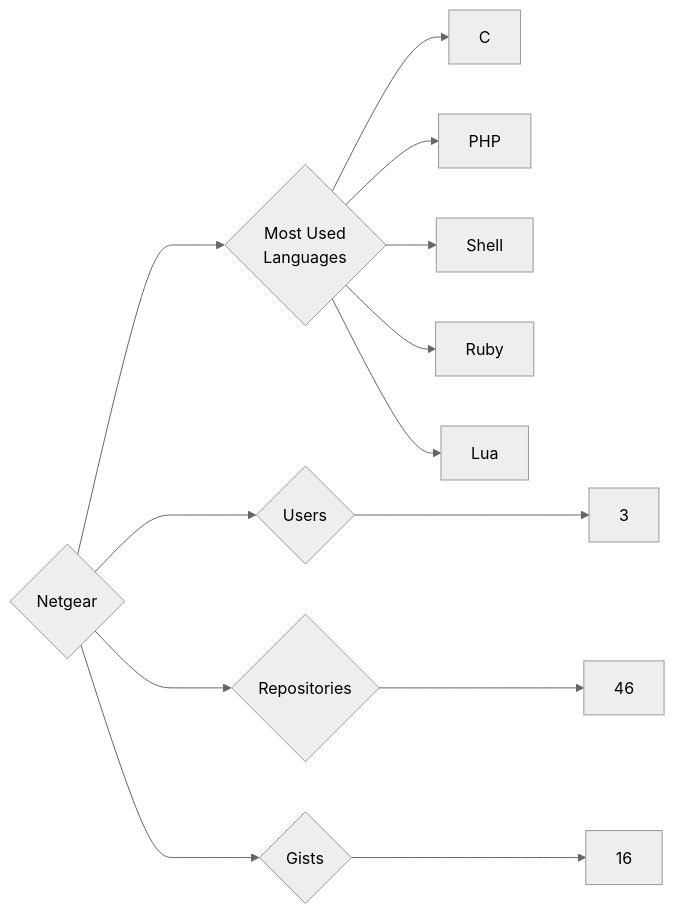
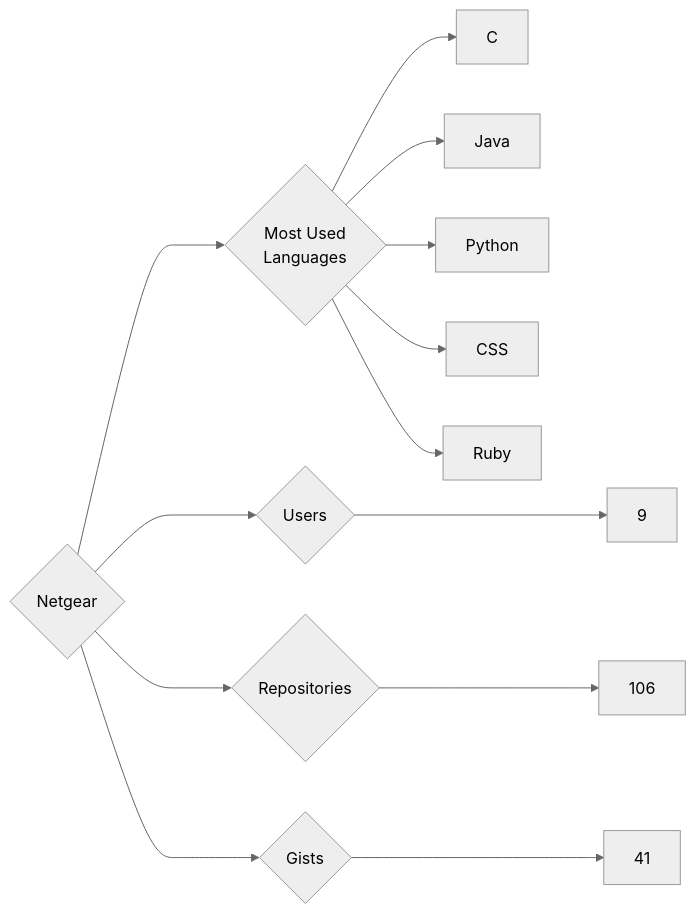
One commit to trickest/insiders changed the diagram in targets/Netgear/README.md. Above: the diagram before and after it, drawn with Mermaid (neutral theme). The commit also changed 1696 other files, not shown here.

````diff
--- a/targets/Netgear/README.md
+++ b/targets/Netgear/README.md
@@ -3,13 +3,13 @@
 ```mermaid
 graph LR
 COMPANY_NAME{Netgear}
-COMPANY_NAME ---> U{Users} ---> UN[3]
-COMPANY_NAME ---> R{Repositories} ---> RN[46]
-COMPANY_NAME ---> G{Gists} ---> GN[16]
+COMPANY_NAME ---> U{Users} ---> UN[9]
+COMPANY_NAME ---> R{Repositories} ---> RN[106]
+COMPANY_NAME ---> G{Gists} ---> GN[41]
 COMPANY_NAME ---> ML{Most Used<br>Languages}
 ML --> C[C]
-ML --> PHP[PHP]
-ML --> Shell[Shell]
+ML --> Java[Java]
+ML --> Python[Python]
+ML --> CSS[CSS]
 ML --> Ruby[Ruby]
-ML --> Lua[Lua]
 ```
````
